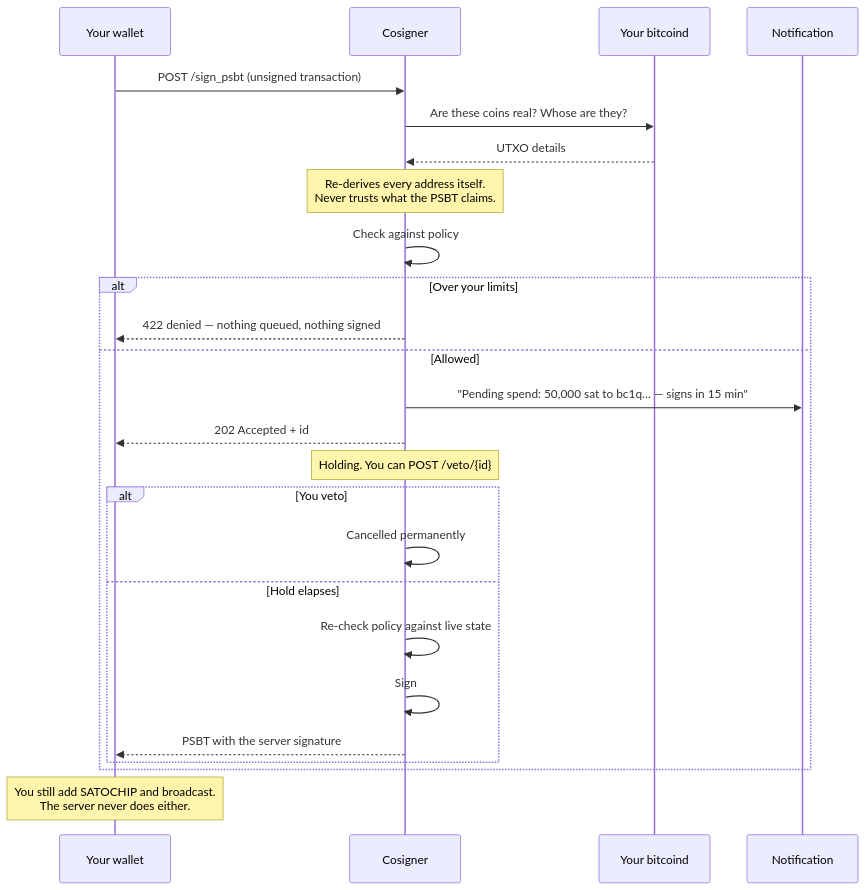
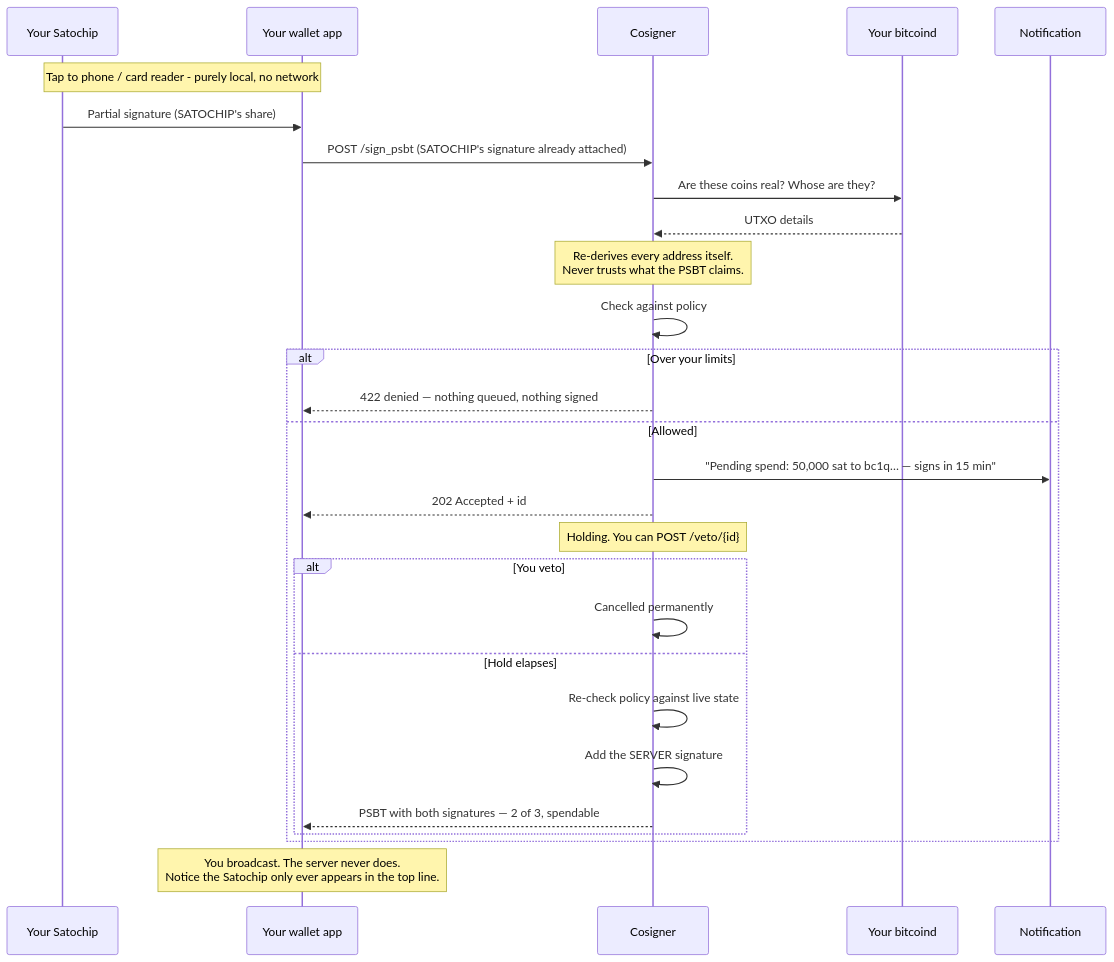
The second of 4 diagrams in README.md (TDH-Labs/Bitme), drawn with Mermaid before and after one commit. The commit also changed other lines of this file, not shown here.

First line of the commit message:
docs: fix misleading "how a spend works" diagram - Satochip signs first, locally

````diff
--- a/README.md
+++ b/README.md
@@ -129,28 +135,31 @@
 ```mermaid
 sequenceDiagram
-    participant You as Your wallet
+    participant SC as Your Satochip
+    participant You as Your wallet app
     participant CS as Cosigner
     participant Node as Your bitcoind
     participant N as Notification
 
-    You->>CS: POST /sign_psbt (unsigned transaction)
+    Note over SC,You: Tap to phone / card reader - purely local, no network
+    SC->>You: Partial signature (SATOCHIP's share)
+    You->>CS: POST /sign_psbt (SATOCHIP's signature already attached)
     CS->>Node: Are these coins real? Whose are they?
     Node-->>CS: UTXO details
     Note over CS: Re-derives every address itself.<br/>Never trusts what the PSBT claims.
     CS->>CS: Check against policy
     alt Over your limits
         CS-->>You: 422 denied — nothing queued, nothing signed
     else Allowed
         CS->>N: "Pending spend: 50,000 sat to bc1q… — signs in 15 min"
         CS-->>You: 202 Accepted + id
         Note over CS: Holding. You can POST /veto/{id}
         alt You veto
             CS->>CS: Cancelled permanently
         else Hold elapses
             CS->>CS: Re-check policy against live state
-            CS->>CS: Sign
-            CS-->>You: PSBT with the server signature
+            CS->>CS: Add the SERVER signature
+            CS-->>You: PSBT with both signatures — 2 of 3, spendable
         end
     end
-    Note over You: You still add SATOCHIP and broadcast.<br/>The server never does either.
+    Note over You: You broadcast. The server never does.<br/>Notice the Satochip only ever appears in the top line.
 ```
````
